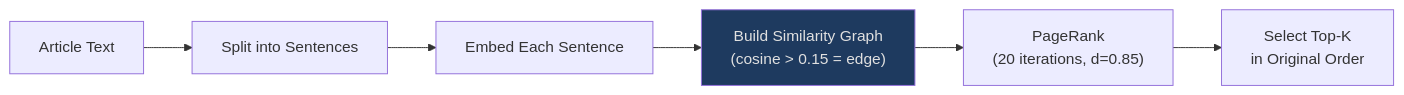
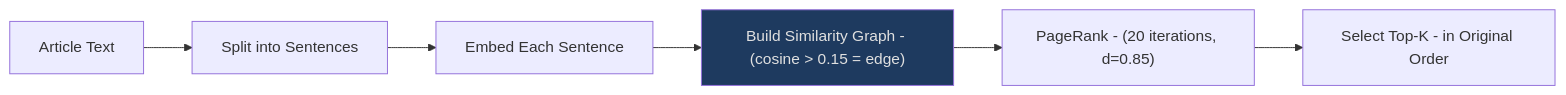
Before and after one commit to Shaddix/mostlylucidweb: the tenth of 10 diagrams in Mostlylucid/Markdown/doomsummarizer-deep-research.md, drawn with Mermaid. The commit also changed other lines of this file and 25 other files, not shown here.

````diff
--- a/Mostlylucid/Markdown/doomsummarizer-deep-research.md
+++ b/Mostlylucid/Markdown/doomsummarizer-deep-research.md
@@ -466,10 +466,10 @@
 ```mermaid
 flowchart LR
     Text[Article Text] --> Split[Split into Sentences]
     Split --> EmbedS[Embed Each Sentence]
-    EmbedS --> Graph["Build Similarity Graph\n(cosine > 0.15 = edge)"]
-    Graph --> PR["PageRank\n(20 iterations, d=0.85)"]
-    PR --> Select["Select Top-K\nin Original Order"]
+    EmbedS --> Graph["Build Similarity Graph - (cosine > 0.15 = edge)"]
+    Graph --> PR["PageRank - (20 iterations, d=0.85)"]
+    PR --> Select["Select Top-K - in Original Order"]
 
     style Graph fill:#1e3a5f,color:#e0e0e0
 ```
````
